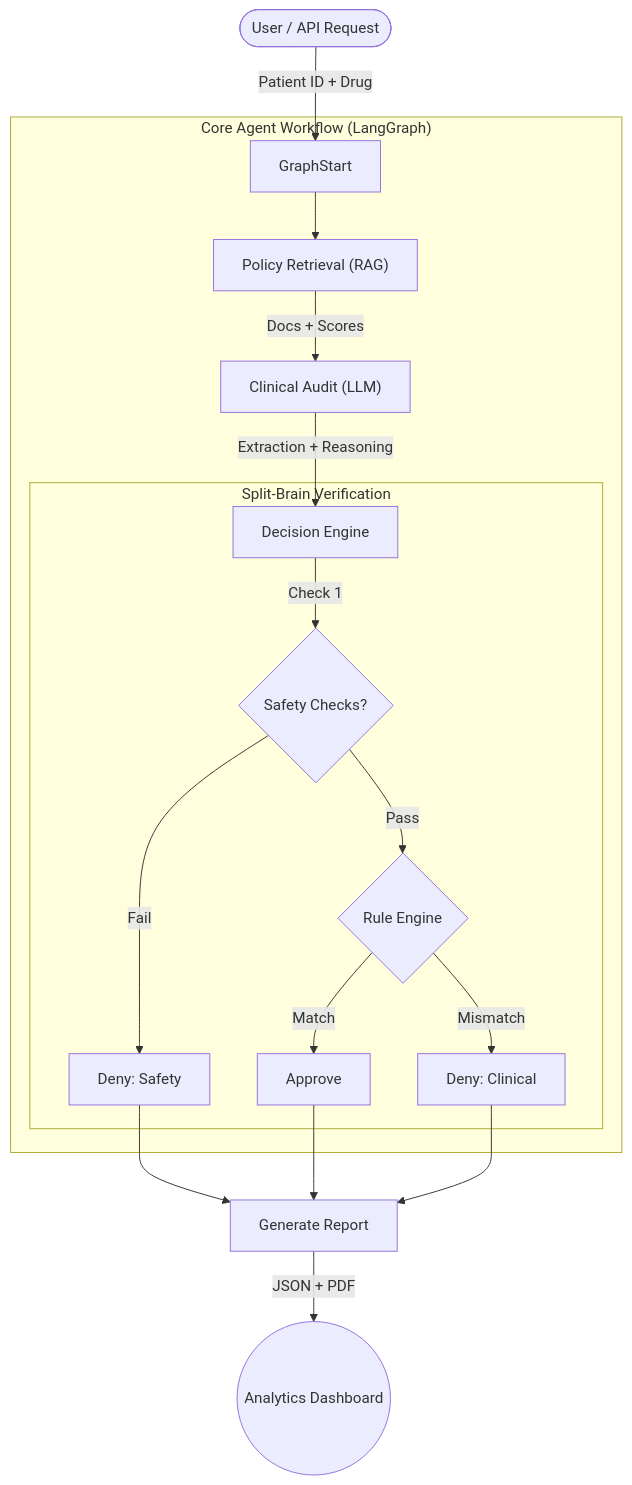
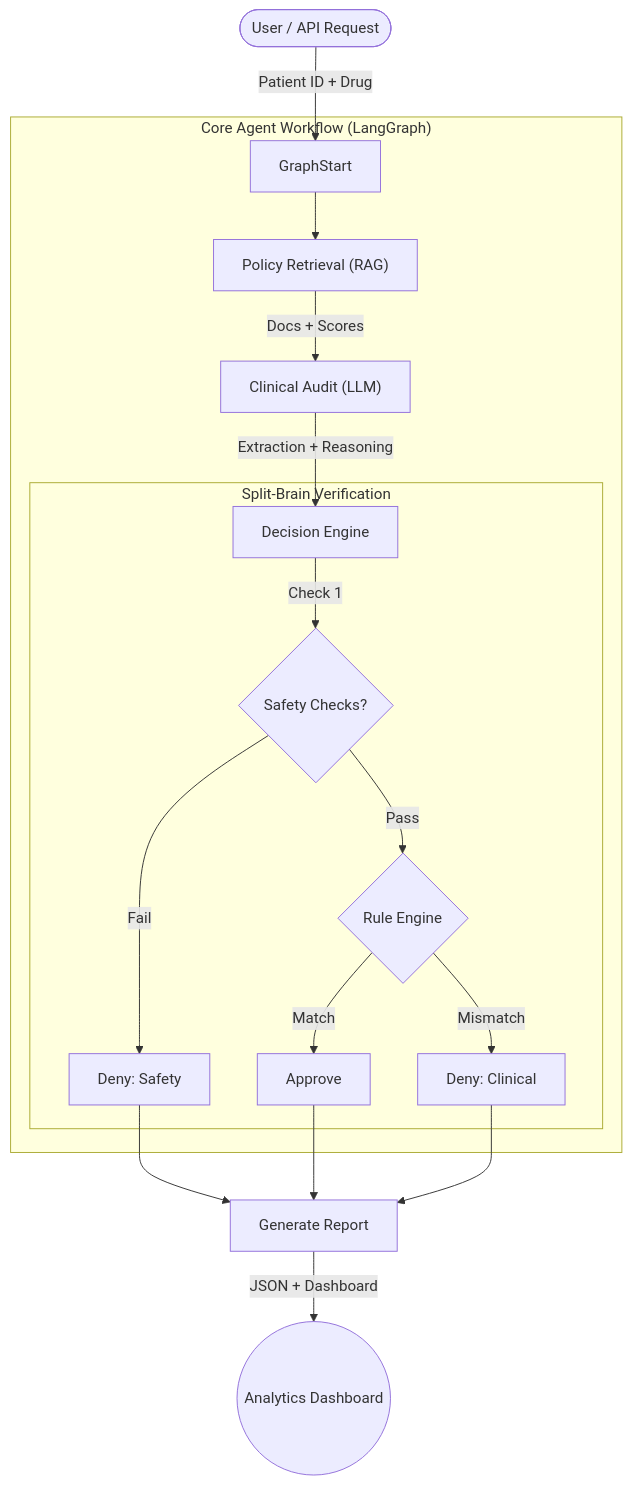
Before and after one commit to shullp05/Autonomous-Prior-Auth-System: the diagram in README.md, drawn with Mermaid. The commit also changed other lines of this file and 1148 other files, not shown here.

````diff
--- a/README.md
+++ b/README.md
@@ -27,24 +29,24 @@
 ```mermaid
 graph TD
     User([User / API Request]) -->|Patient ID + Drug| GraphStart
 
     subgraph Core["Core Agent Workflow (LangGraph)"]
         GraphStart --> NodeRetrieval["Policy Retrieval (RAG)"]
         NodeRetrieval -->|Docs + Scores| NodeAudit["Clinical Audit (LLM)"]
         NodeAudit -->|Extraction + Reasoning| NodeDecision["Decision Engine"]
 
         subgraph Verify["Split-Brain Verification"]
             NodeDecision -->|Check 1| Guardrails{Safety Checks?}
             Guardrails -->|Fail| VerdictDenySafety["Deny: Safety"]
             Guardrails -->|Pass| DeterministicLogic{Rule Engine}
             DeterministicLogic -->|Match| VerdictApprove["Approve"]
             DeterministicLogic -->|Mismatch| VerdictDenyClinical["Deny: Clinical"]
         end
     end
 
     VerdictApprove --> OutputGen["Generate Report"]
     VerdictDenySafety --> OutputGen
     VerdictDenyClinical --> OutputGen
 
-    OutputGen -->|JSON + PDF| Dashboard((Analytics Dashboard))
+    OutputGen -->|JSON + Dashboard| Dashboard((Analytics Dashboard))
 ```
````
